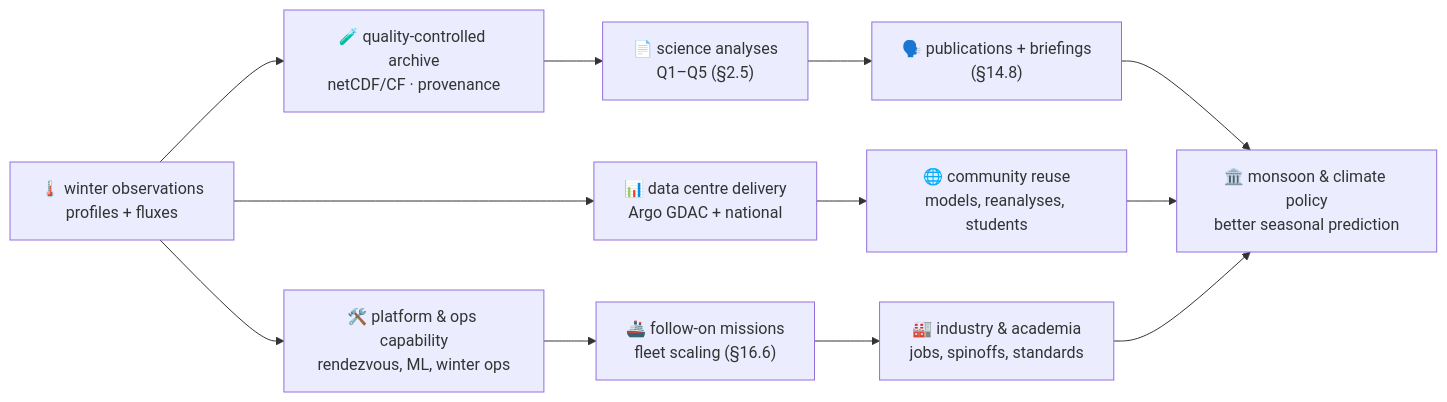
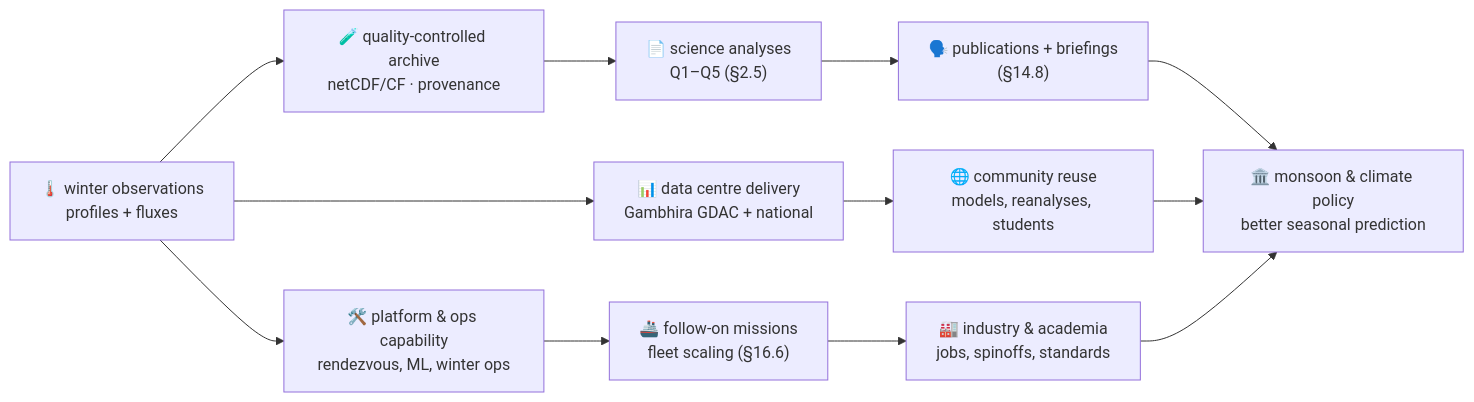
Before and after one commit to DAnuraag/Dhakshin: diagram 29 of 34 in README.md, drawn with Mermaid. The commit also changed other lines of this file, not shown here.

````diff
--- a/README.md
+++ b/README.md
@@ -4054,14 +4054,14 @@
 ```mermaid
 flowchart LR
     A["🌡️ winter observations<br/>profiles + fluxes"] --> B["🧪 quality-controlled archive<br/>netCDF/CF · provenance"]
     B --> C["📄 science analyses<br/>Q1–Q5 (§2.5)"]
     C --> D["🗣️ publications + briefings<br/>(§14.8)"]
     D --> E["🏛️ monsoon & climate policy<br/>better seasonal prediction"]
-    A --> F["📊 data centre delivery<br/>Argo GDAC + national"]
+    A --> F["📊 data centre delivery<br/>Gambhira GDAC + national"]
     F --> G["🌐 community reuse<br/>models, reanalyses, students"]
     G --> E
     A --> H["🛠️ platform & ops capability<br/>rendezvous, ML, winter ops"]
     H --> I["🚢 follow-on missions<br/>fleet scaling (§16.6)"]
     I --> J["🏭 industry & academia<br/>jobs, spinoffs, standards"]
     J --> E
 ```
````
